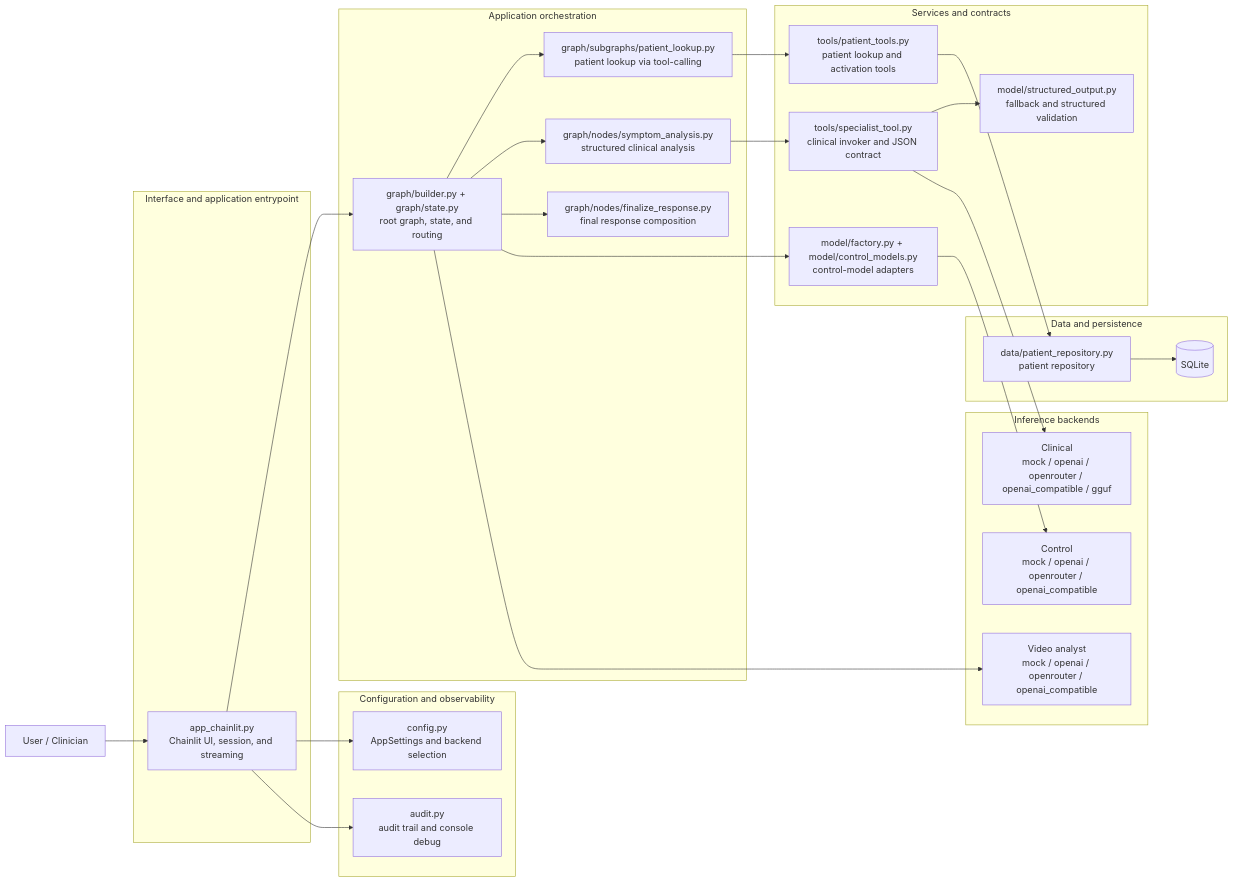
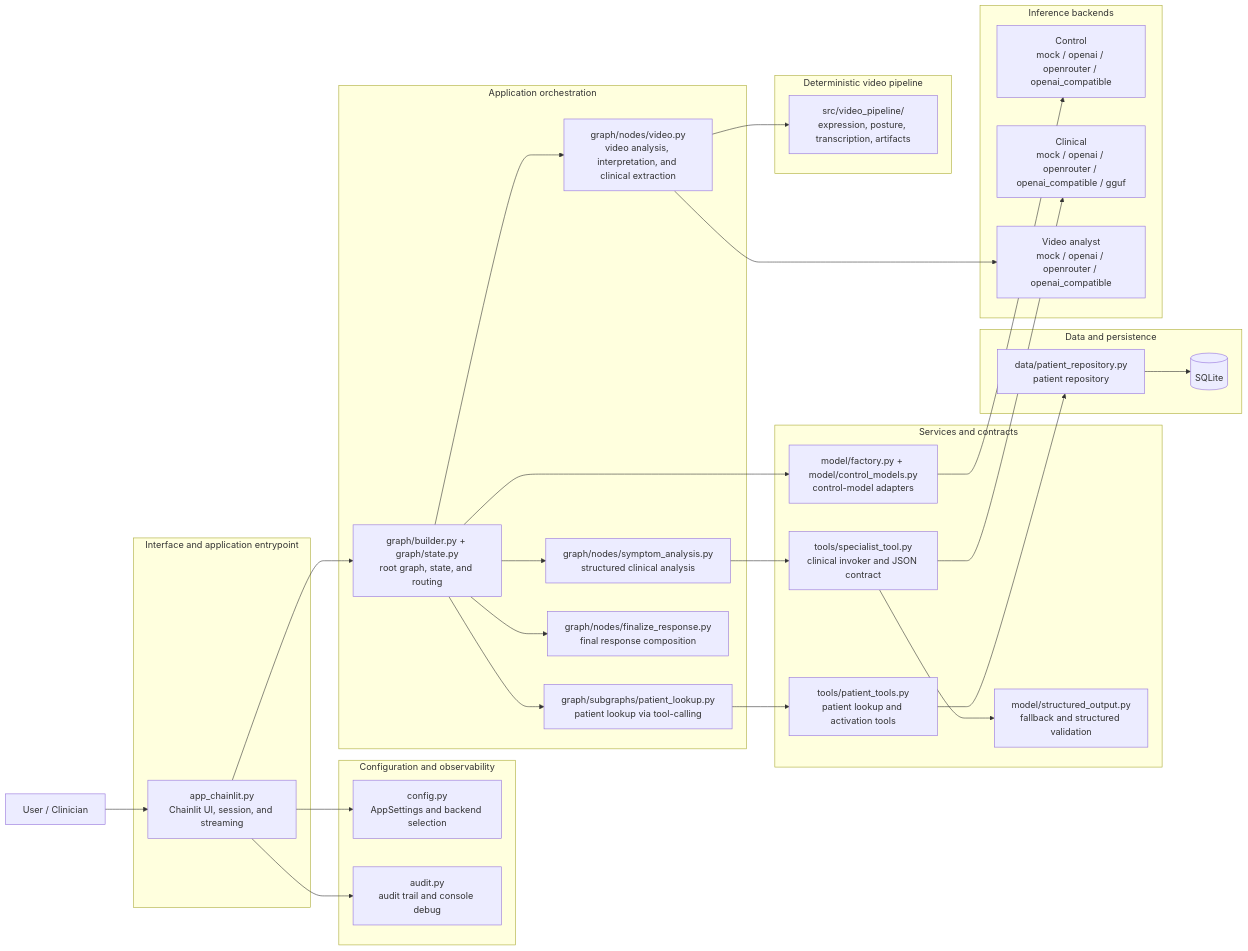
The first of 2 diagrams in README.md (luizaaca/screening_robot), drawn with Mermaid before and after one commit. The commit also changed other lines of this file and 3 other files, not shown here.

Commit message:
correção de diagramas e arquivo de entreda do projeto

````diff
--- a/README.md
+++ b/README.md
@@ -91,55 +91,62 @@
 ```mermaid
 flowchart LR
     USER["User / Clinician"]
 
     subgraph ENTRY["Interface and application entrypoint"]
         CL["app_chainlit.py<br/>Chainlit UI, session, and streaming"]
     end
 
     subgraph CROSS["Configuration and observability"]
         CFG["config.py<br/>AppSettings and backend selection"]
         AUD["audit.py<br/>audit trail and console debug"]
     end
 
     subgraph ORCH["Application orchestration"]
         GRAPH["graph/builder.py + graph/state.py<br/>root graph, state, and routing"]
         LOOKUP["graph/subgraphs/patient_lookup.py<br/>patient lookup via tool-calling"]
         ANALYSIS["graph/nodes/symptom_analysis.py<br/>structured clinical analysis"]
+        VIDEO["graph/nodes/video.py<br/>video analysis, interpretation, and clinical extraction"]
         FINAL["graph/nodes/finalize_response.py<br/>final response composition"]
     end
 
     subgraph SERVICES["Services and contracts"]
         CONTROL["model/factory.py + model/control_models.py<br/>control-model adapters"]
         SPECIALIST["tools/specialist_tool.py<br/>clinical invoker and JSON contract"]
         PTOOLS["tools/patient_tools.py<br/>patient lookup and activation tools"]
         STRUCT["model/structured_output.py<br/>fallback and structured validation"]
+    end
+
+    subgraph VIDEOPIPE["Deterministic video pipeline"]
+        VPIPE["src/video_pipeline/<br/>expression, posture, transcription, artifacts"]
     end
 
     subgraph DATA["Data and persistence"]
         REPO["data/patient_repository.py<br/>patient repository"]
         DB[(SQLite)]
     end
 
     subgraph BACKENDS["Inference backends"]
         CTRLB["Control<br/>mock / openai / openrouter / openai_compatible"]
         CLINB["Clinical<br/>mock / openai / openrouter / openai_compatible / gguf"]
         VIDB["Video analyst<br/>mock / openai / openrouter / openai_compatible"]
     end
 
     USER --> CL
     CL --> GRAPH
     CL --> CFG
     CL --> AUD
     GRAPH --> LOOKUP
     GRAPH --> ANALYSIS
+    GRAPH --> VIDEO
     GRAPH --> FINAL
     GRAPH --> CONTROL
     LOOKUP --> PTOOLS
     ANALYSIS --> SPECIALIST
+    VIDEO --> VPIPE
+    VIDEO --> VIDB
     SPECIALIST --> STRUCT
     PTOOLS --> REPO
     REPO --> DB
     CONTROL --> CTRLB
     SPECIALIST --> CLINB
-    GRAPH --> VIDB
 ```
````
